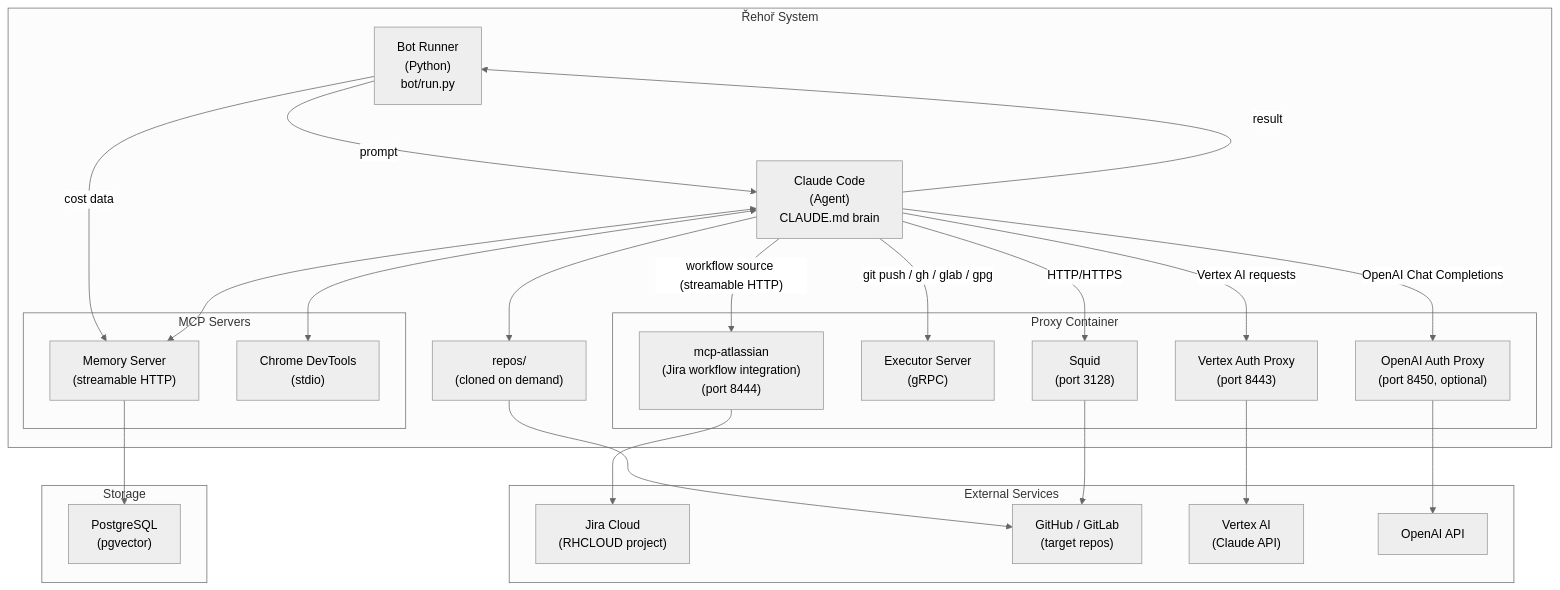
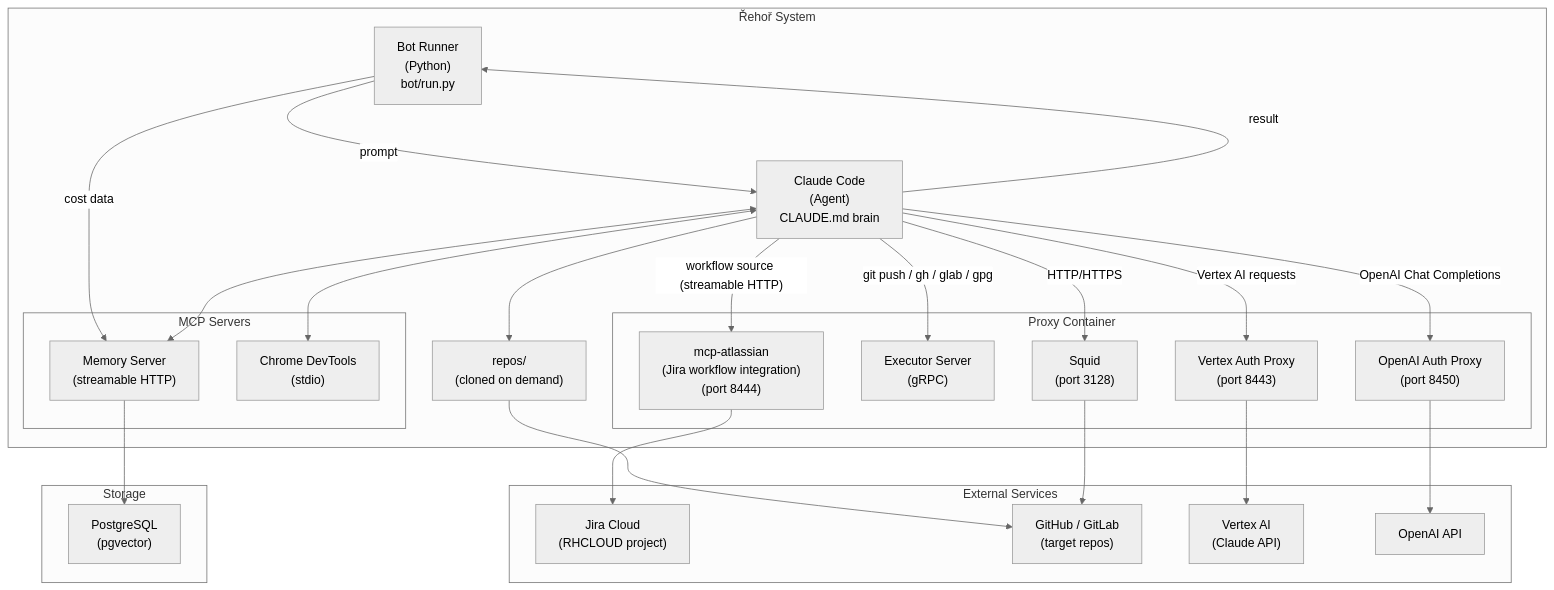
Before and after one commit to OpenShift-Fleet/rehor: the first of 10 diagrams in ARCHITECTURE.md, drawn with Mermaid (neutral theme). The commit also changed other lines of this file and 7 other files, not shown here.

````diff
--- a/ARCHITECTURE.md
+++ b/ARCHITECTURE.md
@@ -9,50 +9,50 @@
 ```mermaid
 graph TB
     subgraph External["External Services"]
         Jira["Jira Cloud<br/>(RHCLOUD project)"]
         GHGL["GitHub / GitLab<br/>(target repos)"]
         Vertex["Vertex AI<br/>(Claude API)"]
         OpenAI["OpenAI API"]
     end
 
     subgraph System["Řehoř System"]
         Runner["Bot Runner<br/>(Python)<br/>bot/run.py"]
         Agent["Claude Code<br/>(Agent)<br/>CLAUDE.md brain"]
         Repos["repos/<br/>(cloned on demand)"]
 
         subgraph MCP["MCP Servers"]
             MemMCP["Memory Server<br/>(streamable HTTP)"]
             Chrome["Chrome DevTools<br/>(stdio)"]
         end
 
         subgraph Proxy["Proxy Container"]
             Squid["Squid<br/>(port 3128)"]
             Executor["Executor Server<br/>(gRPC)"]
             VertexProxy["Vertex Auth Proxy<br/>(port 8443)"]
-            OpenAIProxy["OpenAI Auth Proxy<br/>(port 8450, optional)"]
+            OpenAIProxy["OpenAI Auth Proxy<br/>(port 8450)"]
             JiraMCP["mcp-atlassian<br/>(Jira workflow integration)<br/>(port 8444)"]
         end
     end
 
     subgraph Storage["Storage"]
         PG["PostgreSQL<br/>(pgvector)"]
     end
 
     Runner -- "prompt" --> Agent
     Agent -- "result" --> Runner
     Runner -- "cost data" --> MemMCP
     Agent <--> MemMCP
     Agent <--> Chrome
     Agent -- "workflow source (streamable HTTP)" --> JiraMCP
     Agent -- "git push / gh / glab / gpg" --> Executor
     Agent -- "Vertex AI requests" --> VertexProxy
     Agent -- "OpenAI Chat Completions" --> OpenAIProxy
     Agent -- "HTTP/HTTPS" --> Squid
     Agent --> Repos
     Repos --> GHGL
     JiraMCP --> Jira
     MemMCP --> PG
     Squid --> GHGL
     VertexProxy --> Vertex
     OpenAIProxy --> OpenAI
 ```
````
